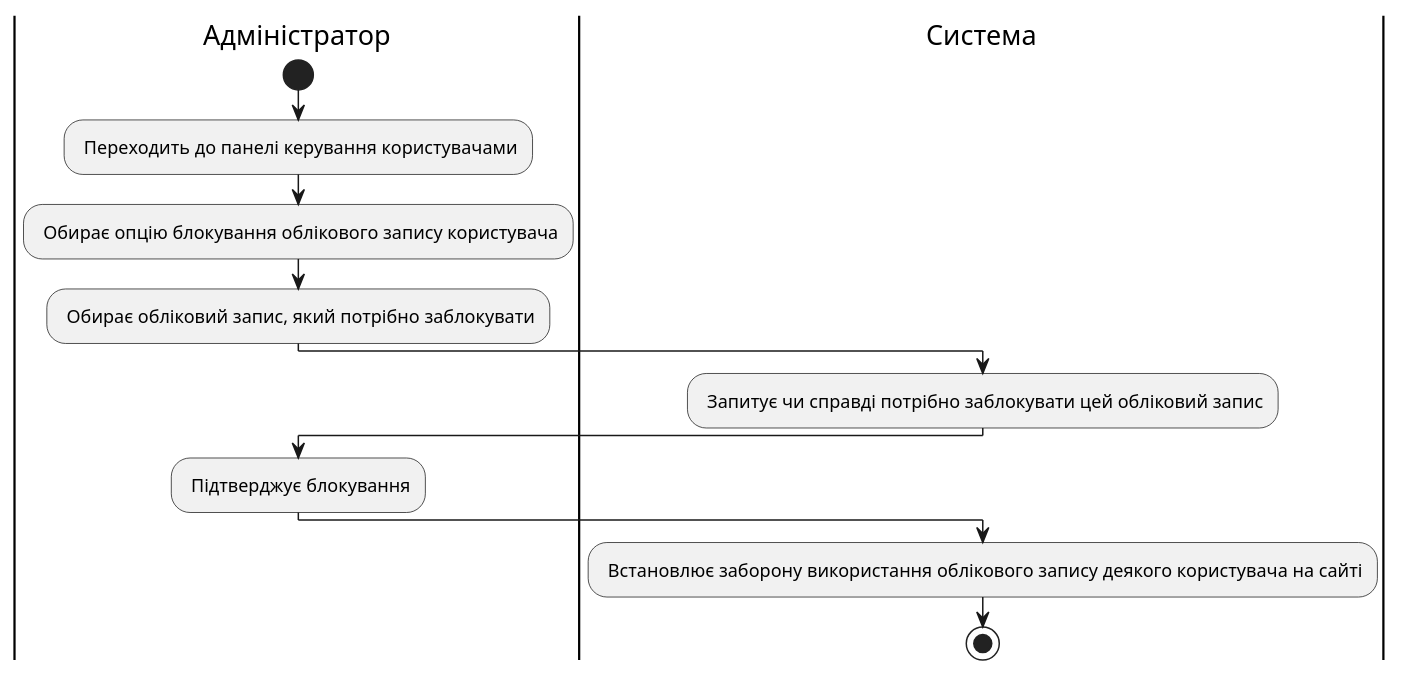
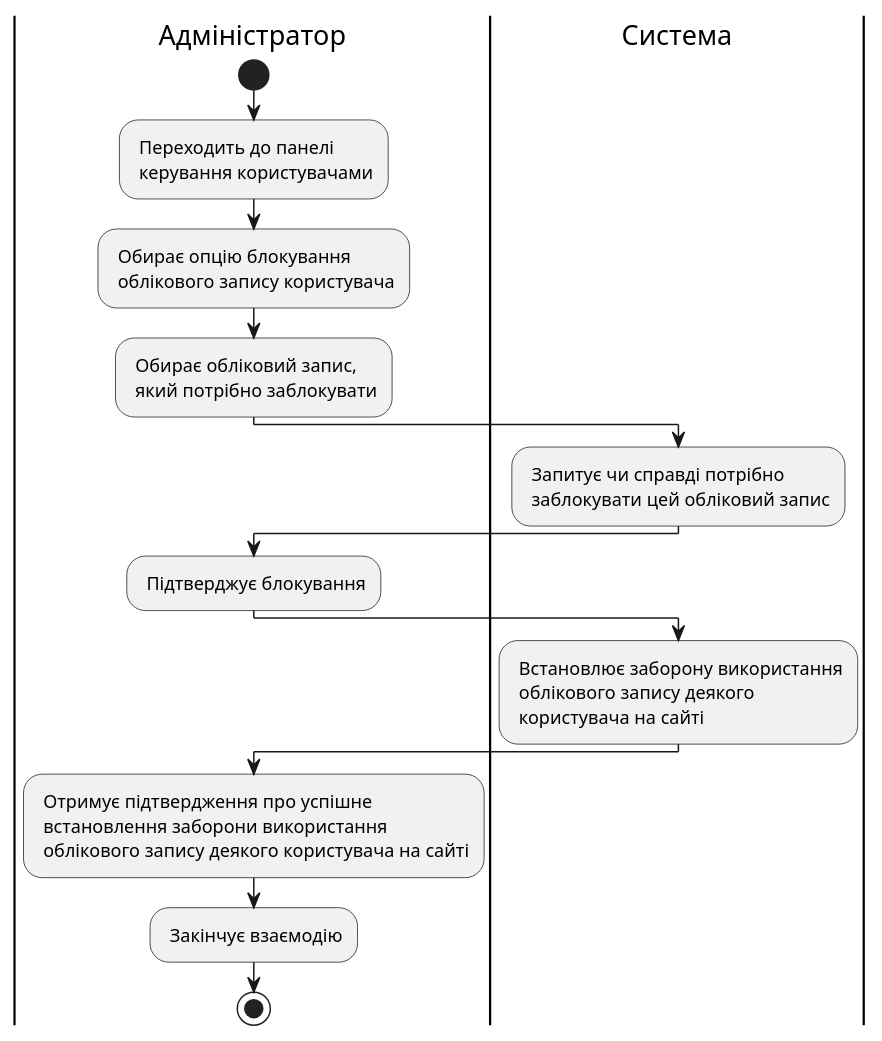
Before and after one commit to edu-db/edu_db_labs: diagram 18 of 19 in docs/use cases/README.md, drawn with PlantUML. The commit also changed other lines of this file, not shown here.

```diff
--- a/docs/use cases/README.md
+++ b/docs/use cases/README.md
@@ -1318,19 +1404,23 @@
 @startuml
 
 |Адміністратор|
 start;
-: Переходить до панелі керування користувачами;
-: Обирає опцію блокування облікового запису користувача;
-: Обирає обліковий запис, який потрібно заблокувати;
+: Переходить до панелі\n керування користувачами;
+: Обирає опцію блокування\n облікового запису користувача;
+: Обирає обліковий запис,\n який потрібно заблокувати;
 
 |Система|
-: Запитує чи справді потрібно заблокувати цей обліковий запис;
+: Запитує чи справді потрібно\n заблокувати цей обліковий запис;
 
 |Адміністратор|
 : Підтверджує блокування;
 
 |Система|
-: Встановлює заборону використання облікового запису деякого користувача на сайті;
- stop;
+: Встановлює заборону використання\n облікового запису деякого\n користувача на сайті;
+
+|Адміністратор|
+: Отримує підтвердження про успішне\n встановлення заборони використання\n облікового запису деякого користувача на сайті;
+: Закінчує взаємодію;
+stop;
 
 @enduml
```
